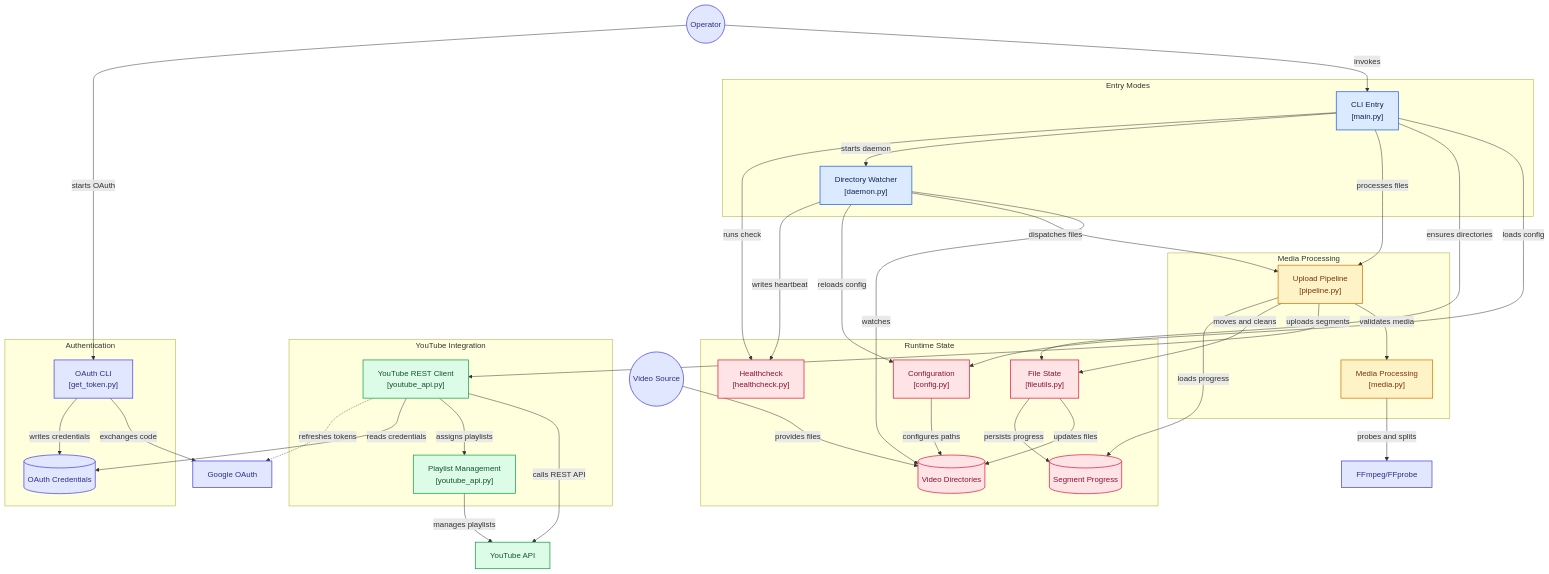
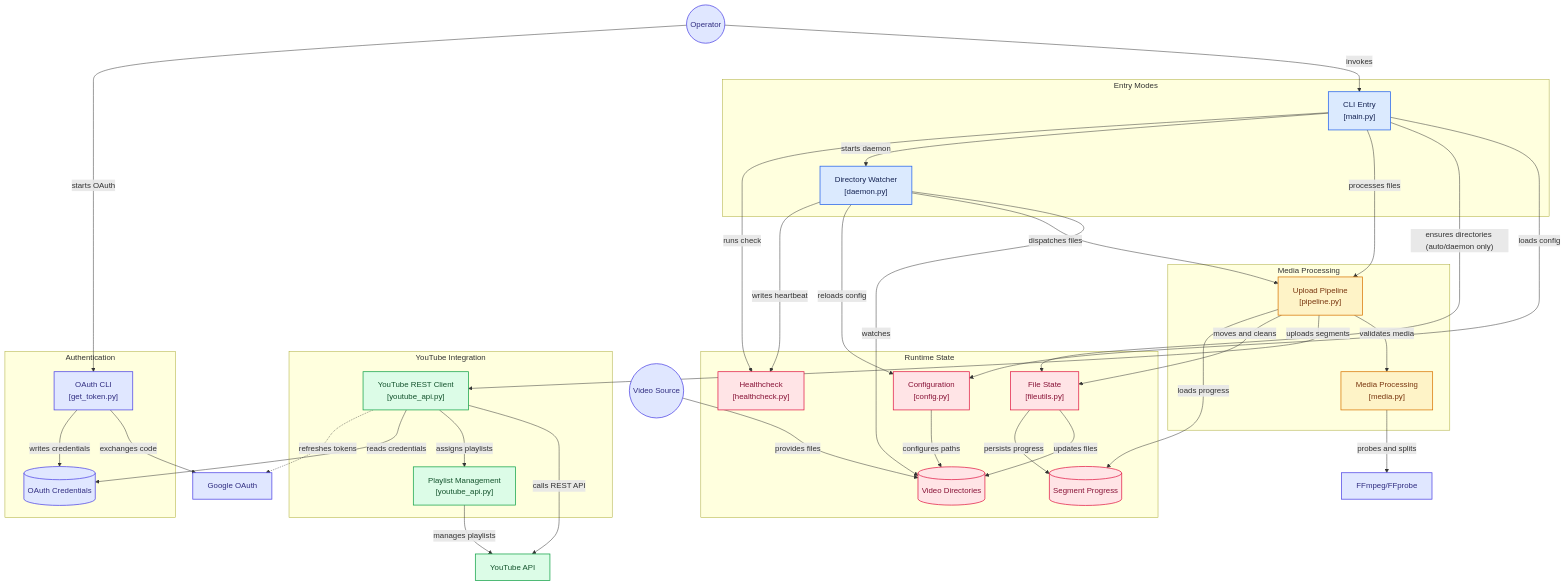
Before and after one commit to chaos7x/yt-upload: the diagram in ARCHITECTURE.md, drawn with Mermaid. The commit also changed other lines of this file and 12 other files, not shown here.

```diff
--- a/ARCHITECTURE.md
+++ b/ARCHITECTURE.md
@@ -44,7 +44,7 @@
 node_operator -->|"invokes"| node_main
 node_video_source -->|"provides files"| node_video_dirs
 node_main -->|"loads config"| node_config
-node_main -->|"ensures directories"| node_file_state
+node_main -->|"ensures directories (auto/daemon only)"| node_file_state
 node_main -->|"processes files"| node_pipeline
 node_main -->|"starts daemon"| node_daemon
 node_main -->|"runs check"| node_health
```
